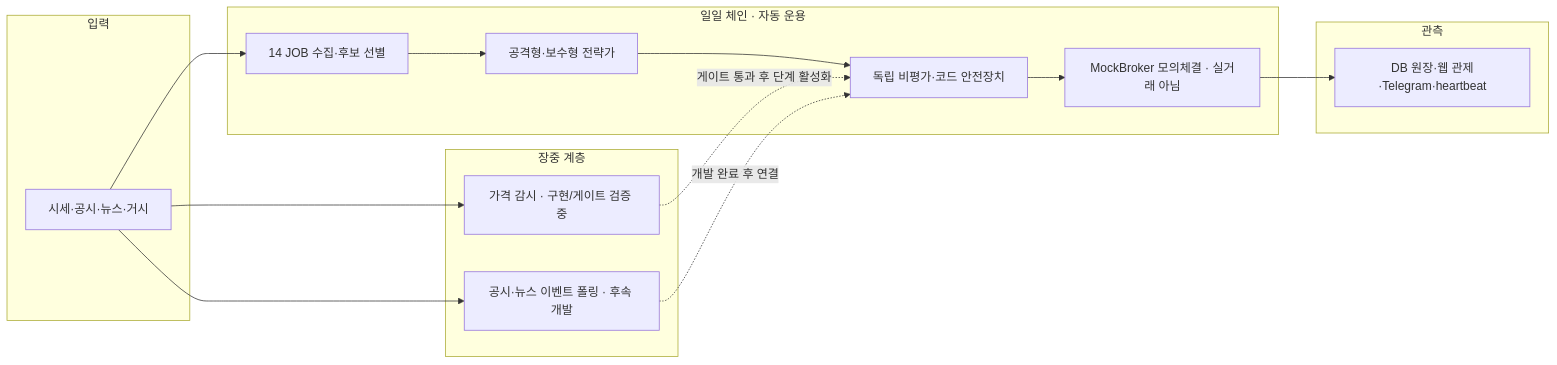
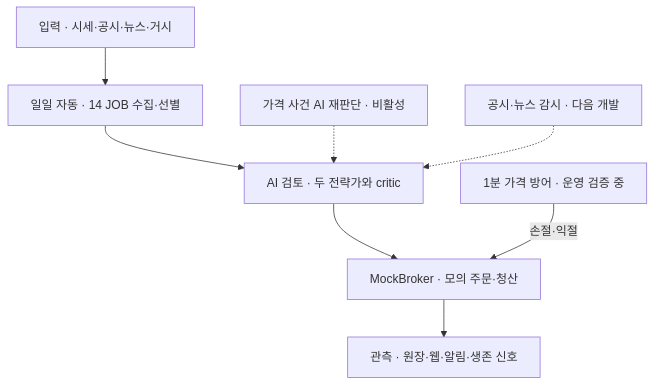
The diagram in docs/weekly-report-second-week.md (jaymunsh/quantinue), drawn with Mermaid before and after one commit. The commit also changed other lines of this file, not shown here.

````diff
--- a/docs/weekly-report-second-week.md
+++ b/docs/weekly-report-second-week.md
@@ -17,30 +28,11 @@
 ```mermaid
-flowchart LR
-    subgraph input["입력"]
-        A["시세·공시·뉴스·거시"]
-    end
+flowchart TB
+    A["입력 · 시세·공시·뉴스·거시"] --> B["일일 자동 · 14 JOB 수집·선별"]
+    B --> C["AI 검토 · 두 전략가와 critic"]
+    C --> D["MockBroker · 모의 주문·청산"]
+    D --> E["관측 · 원장·웹·알림·생존 신호"]
 
-    subgraph daily["일일 체인 · 자동 운용"]
-        B["14 JOB 수집·후보 선별"]
-        C["공격형·보수형 전략가"]
-        D["독립 비평가·코드 안전장치"]
-        E["MockBroker 모의체결 · 실거래 아님"]
-        B --> C --> D --> E
-    end
-
-    subgraph intraday["장중 계층"]
-        P["가격 감시 · 구현/게이트 검증 중"]
-        Q["공시·뉴스 이벤트 폴링 · 후속 개발"]
-    end
-
-    subgraph observe["관측"]
-        F["DB 원장·웹 관제·Telegram·heartbeat"]
-    end
-
-    A --> B
-    E --> F
-    A --> P
-    A --> Q
-    P -.->|게이트 통과 후 단계 활성화| D
-    Q -.->|개발 완료 후 연결| D
+    F["1분 가격 방어 · 운영 검증 중"] -->|손절·익절| D
+    G["가격 사건 AI 재판단 · 비활성"] -.-> C
+    H["공시·뉴스 감시 · 다음 개발"] -.-> C
 ```
````
